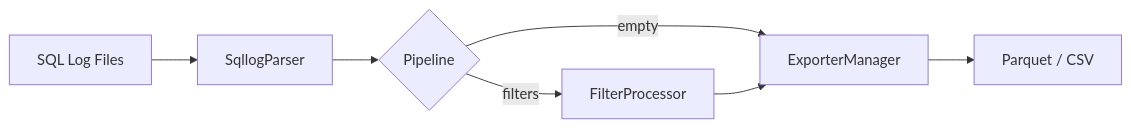
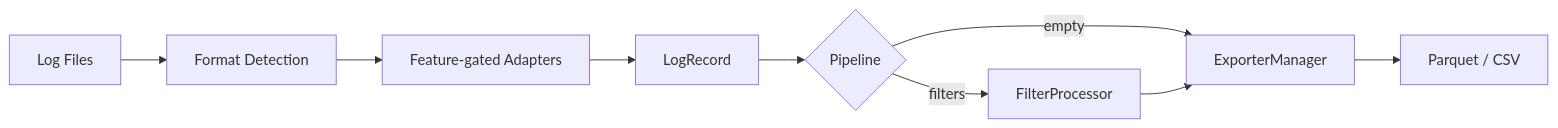
One commit to guangl/dm-database-sqllog2db changed the diagram in README.md. Above: the diagram before and after it, drawn with Mermaid. The commit also changed other lines of this file and 92 other files, not shown here.

First line of the commit message:
Refactor architecture and add feature-gated log parsers (#117)

````diff
--- a/README.md
+++ b/README.md
@@ -56,9 +78,11 @@
 ```mermaid
 graph LR
-    A[SQL Log Files] --> B[SqllogParser]
-    B --> C{Pipeline}
-    C -->|empty| D[ExporterManager]
-    C -->|filters| E[FilterProcessor]
-    E --> D
-    D --> F[Parquet / CSV]
+    A[Log Files] --> B[Format Detection]
+    B --> C[Feature-gated Adapters]
+    C --> D[LogRecord]
+    D --> E{Pipeline}
+    E -->|empty| F[ExporterManager]
+    E -->|filters| G[FilterProcessor]
+    G --> F
+    F --> H[Parquet / CSV]
 ```
````
